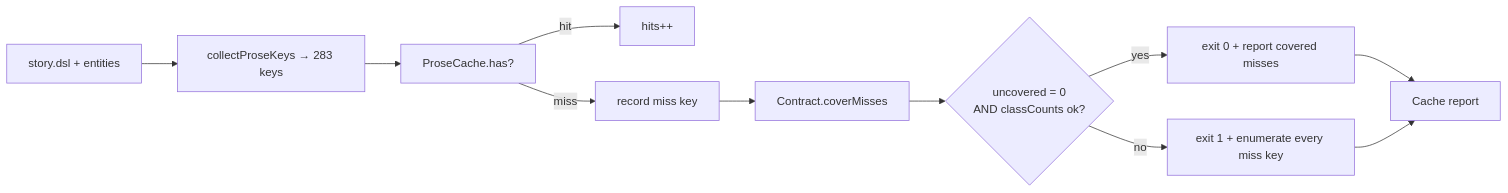
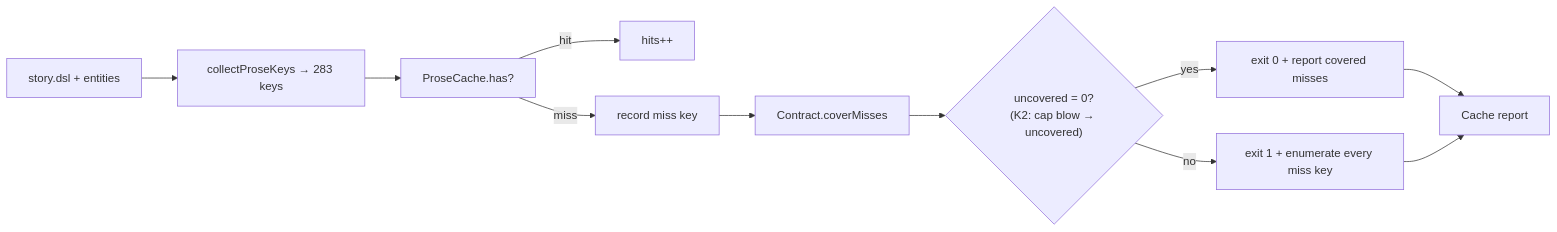
Before and after one commit to forwardimpact/pathway: the diagram in specs/770-terrain-cache-uncacheable-contract/design-a.md, drawn with Mermaid. The commit also changed other lines of this file, not shown here.

````diff
--- a/specs/770-terrain-cache-uncacheable-contract/design-a.md
+++ b/specs/770-terrain-cache-uncacheable-contract/design-a.md
@@ -47,13 +52,13 @@
 ```mermaid
 flowchart LR
   A[story.dsl + entities] --> B[collectProseKeys → 283 keys]
   B --> C[ProseCache.has?]
   C -- hit --> D[hits++]
   C -- miss --> E[record miss key]
   E --> F[Contract.coverMisses]
-  F --> G{"uncovered = 0<br/>AND classCounts ok?"}
+  F --> G{"uncovered = 0?<br/>(K2: cap blow → uncovered)"}
   G -- yes --> H[exit 0 + report covered misses]
   G -- no --> I[exit 1 + enumerate every miss key]
   H --> J[Cache report]
   I --> J
 ```
````
